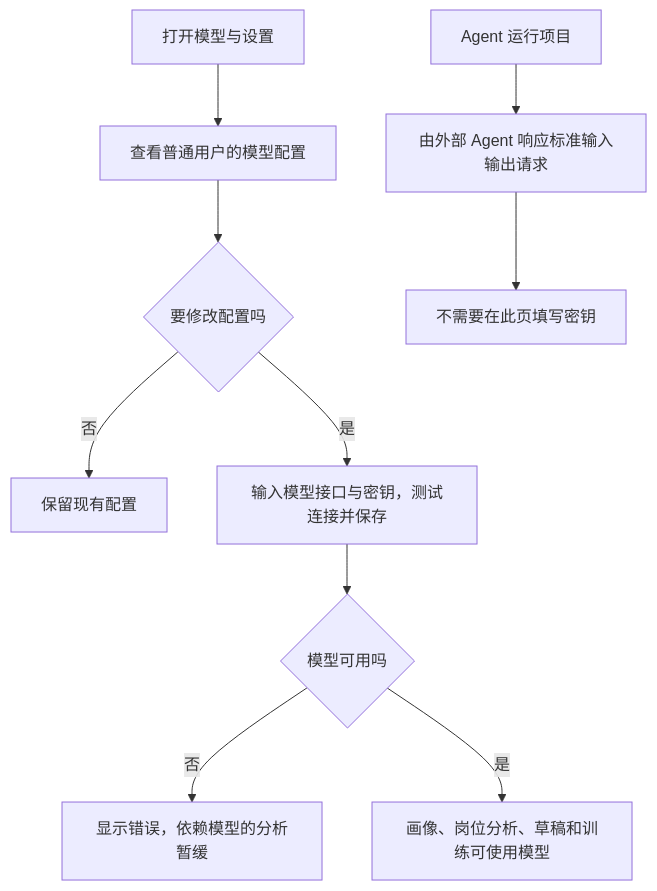
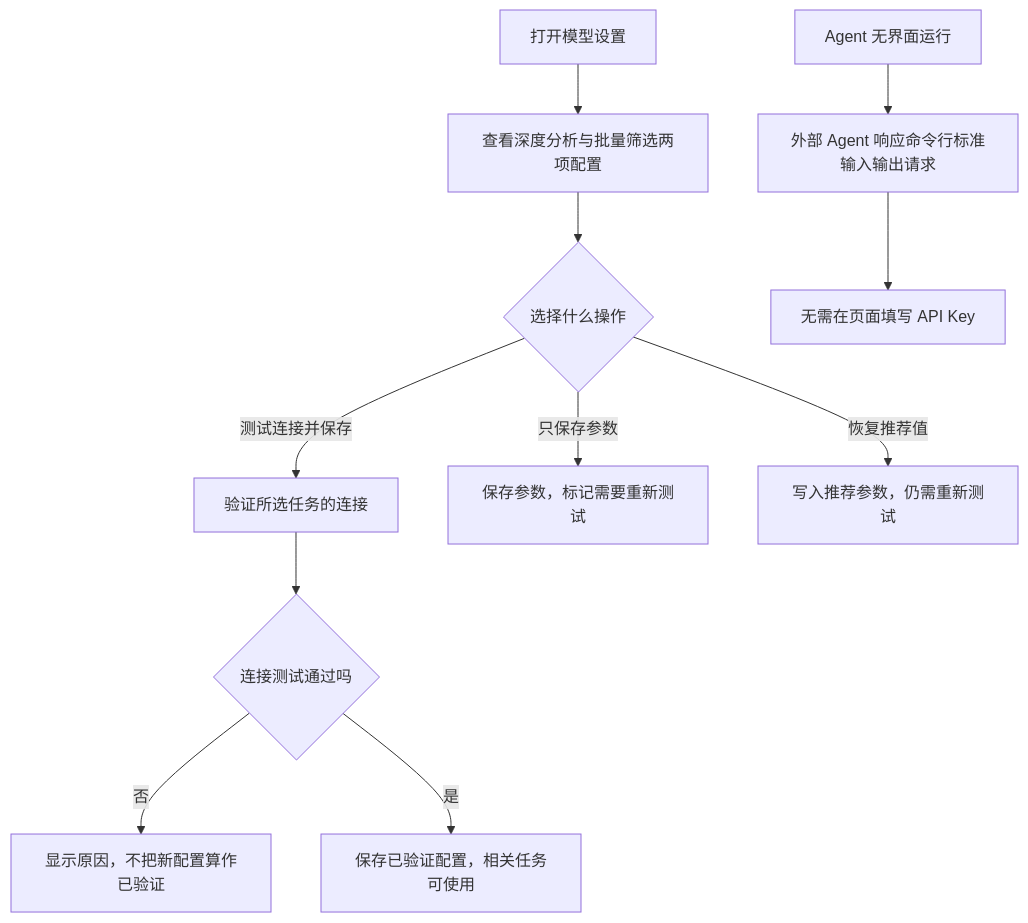
One commit to daydreamer0213/OfferGo changed diagram 14 of 16 in docs/offergo-product-module-flows.md. Above: the diagram before and after it, drawn with Mermaid. The commit also changed other lines of this file, not shown here.

Commit message:
docs: correct OfferGo module flow diagrams against code

````diff
--- a/docs/offergo-product-module-flows.md
+++ b/docs/offergo-product-module-flows.md
@@ -308,12 +333,13 @@
 ```mermaid
 flowchart TD
-  A[打开模型与设置] --> B[查看普通用户的模型配置]
-  B --> C{要修改配置吗}
-  C -- 否 --> D[保留现有配置]
-  C -- 是 --> E[输入模型接口与密钥，测试连接并保存]
-  E --> F{模型可用吗}
-  F -- 否 --> G[显示错误，依赖模型的分析暂缓]
-  F -- 是 --> H[画像、岗位分析、草稿和训练可使用模型]
-  I[Agent 运行项目] --> J[由外部 Agent 响应标准输入输出请求]
-  J --> K[不需要在此页填写密钥]
+  A[打开模型设置] --> B[查看深度分析与批量筛选两项配置]
+  B --> C{选择什么操作}
+  C -- 测试连接并保存 --> D[验证所选任务的连接]
+  C -- 只保存参数 --> E[保存参数，标记需要重新测试]
+  C -- 恢复推荐值 --> F[写入推荐参数，仍需重新测试]
+  D --> G{连接测试通过吗}
+  G -- 否 --> H[显示原因，不把新配置算作已验证]
+  G -- 是 --> I[保存已验证配置，相关任务可使用]
+  J[Agent 无界面运行] --> K[外部 Agent 响应命令行标准输入输出请求]
+  K --> L[无需在页面填写 API Key]
 ```
````
